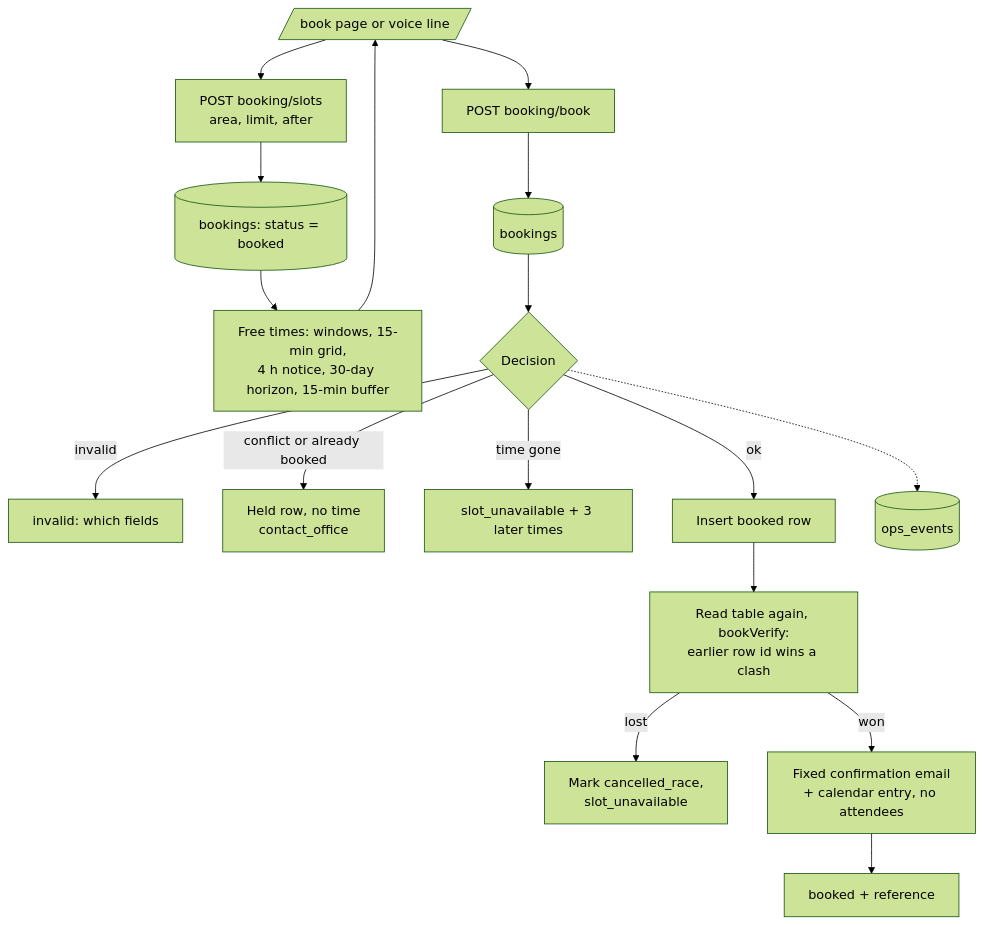
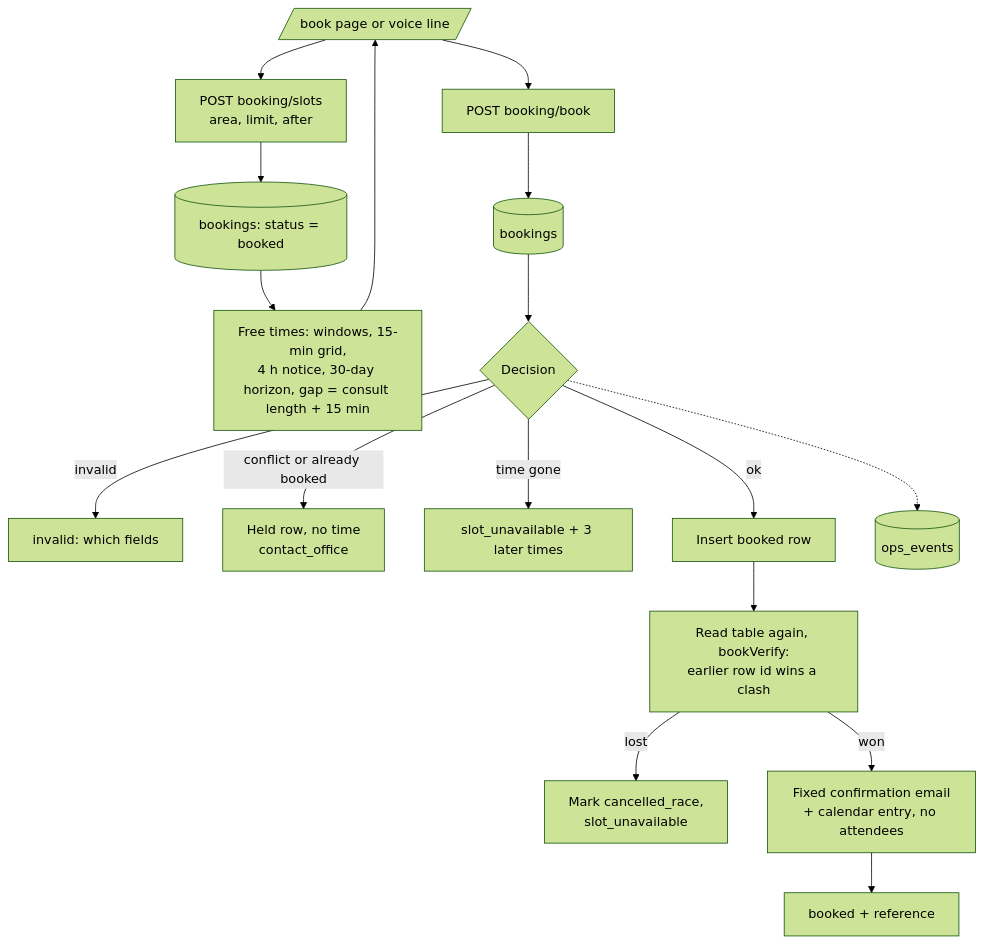
One commit to ardacyborgsaatci/dyzania changed the third of 7 diagrams in AUTOMATIONS.md. Above: the diagram before and after it, drawn with Mermaid (forest theme). The commit also changed other lines of this file and 9 other files, not shown here.

````diff
--- a/AUTOMATIONS.md
+++ b/AUTOMATIONS.md
@@ -143,19 +143,19 @@
 ```mermaid
 flowchart TD
   P[/book page or voice line/] --> SL[POST booking/slots<br>area, limit, after]
   SL --> L1[(bookings: status = booked)]
-  L1 --> FREE[Free times: windows, 15-min grid,<br>4 h notice, 30-day horizon, 15-min buffer]
+  L1 --> FREE[Free times: windows, 15-min grid,<br>4 h notice, 30-day horizon, gap = consult length + 15 min]
   FREE --> P
   P --> BK[POST booking/book]
   BK --> L2[(bookings)]
   L2 --> D{Decision}
   D -- invalid --> INV[invalid: which fields]
   D -- conflict or already booked --> HOLD[Held row, no time<br>contact_office]
   D -- time gone --> SU[slot_unavailable + 3 later times]
   D -- ok --> INS[Insert booked row]
   INS --> VER[Read table again, bookVerify:<br>earlier row id wins a clash]
   VER -- lost --> CR[Mark cancelled_race,<br>slot_unavailable]
   VER -- won --> CONF[Fixed confirmation email<br>+ calendar entry, no attendees]
   CONF --> OK[booked + reference]
   D -.-> OPS[(ops_events)]
 ```
````
